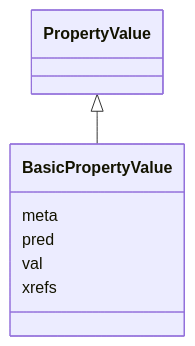
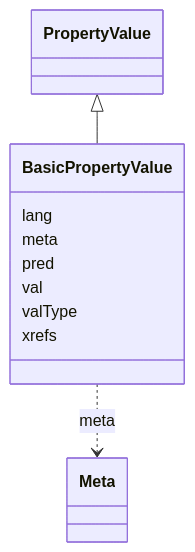
One commit to INCATools/ontology-access-kit changed the diagram in docs/datamodels/obograph/BasicPropertyValue.md. Above: the diagram before and after it, drawn with Mermaid. The commit also changed other lines of this file and 521 other files, not shown here.

````diff
--- a/docs/datamodels/obograph/BasicPropertyValue.md
+++ b/docs/datamodels/obograph/BasicPropertyValue.md
@@ -8,11 +11,21 @@
 ```{mermaid}
  classDiagram
     class BasicPropertyValue
       PropertyValue <|-- BasicPropertyValue
       
+      BasicPropertyValue : lang
+        
       BasicPropertyValue : meta
+        
+          BasicPropertyValue ..> Meta : meta
+        
       BasicPropertyValue : pred
+        
       BasicPropertyValue : val
+        
+      BasicPropertyValue : valType
+        
       BasicPropertyValue : xrefs
+        
       
 ```
````
